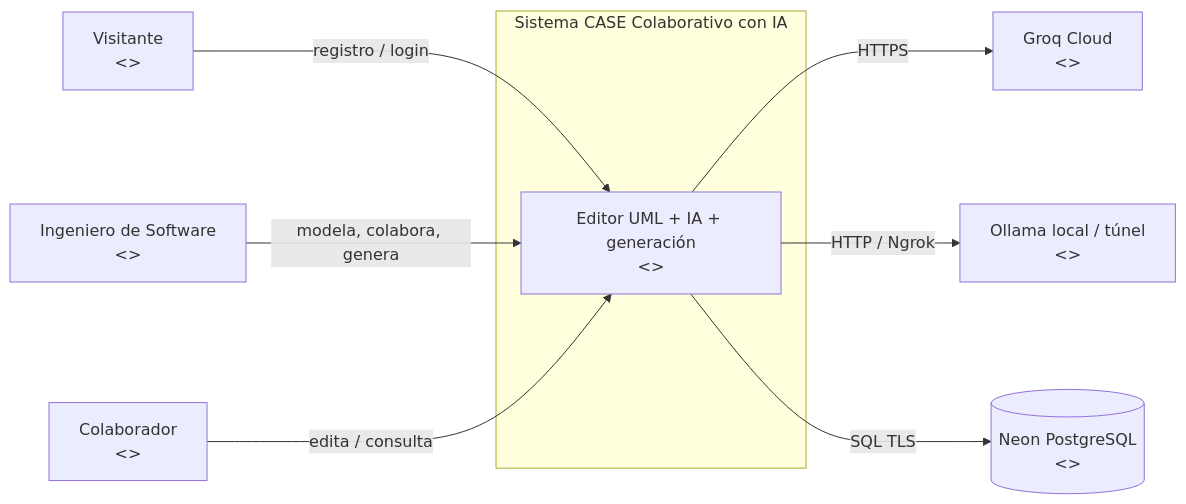
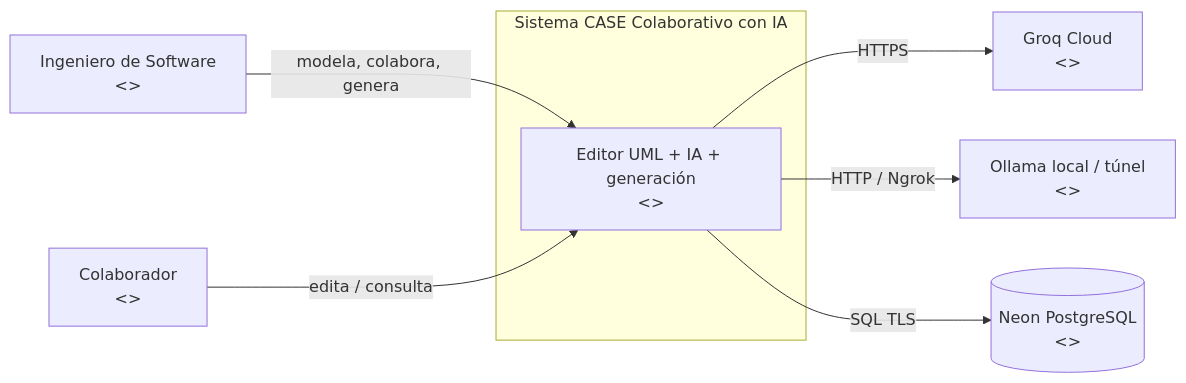
The tenth of 12 diagrams in Documentacion_Segundo_Parcial/03_Diseno_Arquitectura.md (juandani11/case-tool-colaborativo), drawn with Mermaid before and after one commit. The commit also changed other lines of this file and 20 other files, not shown here.

````diff
--- a/Documentacion_Segundo_Parcial/03_Diseno_Arquitectura.md
+++ b/Documentacion_Segundo_Parcial/03_Diseno_Arquitectura.md
@@ -448,21 +448,18 @@
 ```mermaid
 flowchart LR
-    VIS["Visitante<br/><<person>>"]
     ING["Ingeniero de Software<br/><<person>>"]
     COL["Colaborador<br/><<person>>"]
 
     subgraph CASE["Sistema CASE Colaborativo con IA"]
         SYS["Editor UML + IA + generación<br/><<system>>"]
     end
 
     GROQ["Groq Cloud<br/><<external system>>"]
     OLLAMA["Ollama local / túnel<br/><<external system>>"]
     NEON[("Neon PostgreSQL<br/><<external system>>")]
-
-    VIS -->|"registro / login"| SYS
     ING -->|"modela, colabora, genera"| SYS
     COL -->|"edita / consulta"| SYS
     SYS -->|"HTTPS"| GROQ
     SYS -->|"HTTP / Ngrok"| OLLAMA
     SYS -->|"SQL TLS"| NEON
 ```
````
